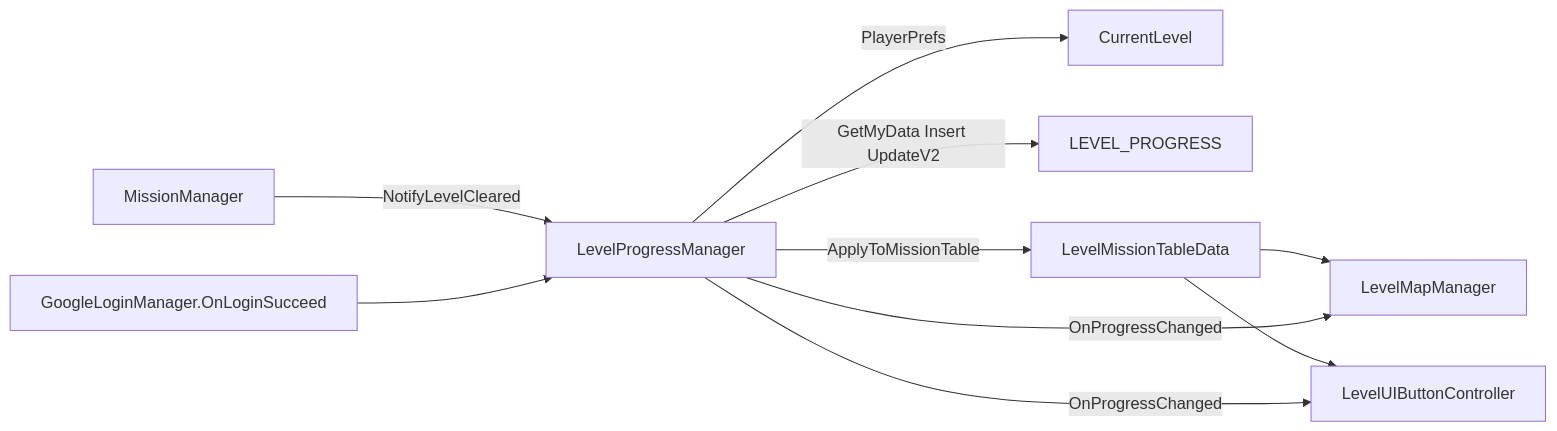
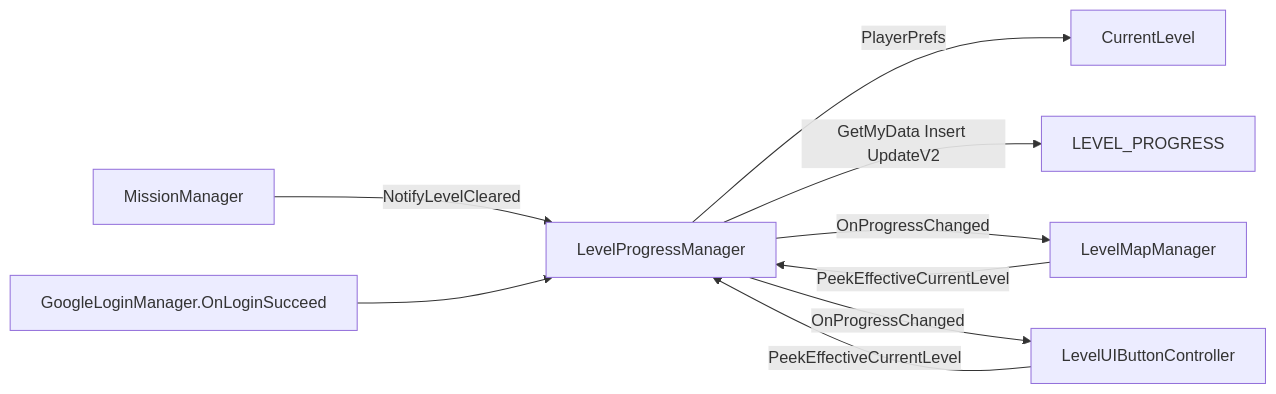
Before and after one commit to chlghksgml01/BlockPuzzle: the first of 3 diagrams in docs/diagrams/level-progress-manager.md, drawn with Mermaid. The commit also changed other lines of this file and 12 other files, not shown here.

````diff
--- a/docs/diagrams/level-progress-manager.md
+++ b/docs/diagrams/level-progress-manager.md
@@ -30,12 +31,11 @@
 ```mermaid
 flowchart LR
   MM[MissionManager] -->|"NotifyLevelCleared"| LPM[LevelProgressManager]
   LPM -->|PlayerPrefs| Local[CurrentLevel]
   LPM -->|"GetMyData Insert UpdateV2"| BE[LEVEL_PROGRESS]
   Login[GoogleLoginManager.OnLoginSucceed] --> LPM
-  LPM -->|ApplyToMissionTable| Table[LevelMissionTableData]
-  Table --> Map[LevelMapManager]
-  Table --> UI[LevelUIButtonController]
-  LPM -->|OnProgressChanged| Map
-  LPM -->|OnProgressChanged| UI
+  LPM -->|OnProgressChanged| Map[LevelMapManager]
+  LPM -->|OnProgressChanged| UI[LevelUIButtonController]
+  Map -->|"PeekEffectiveCurrentLevel"| LPM
+  UI -->|"PeekEffectiveCurrentLevel"| LPM
 ```
````
